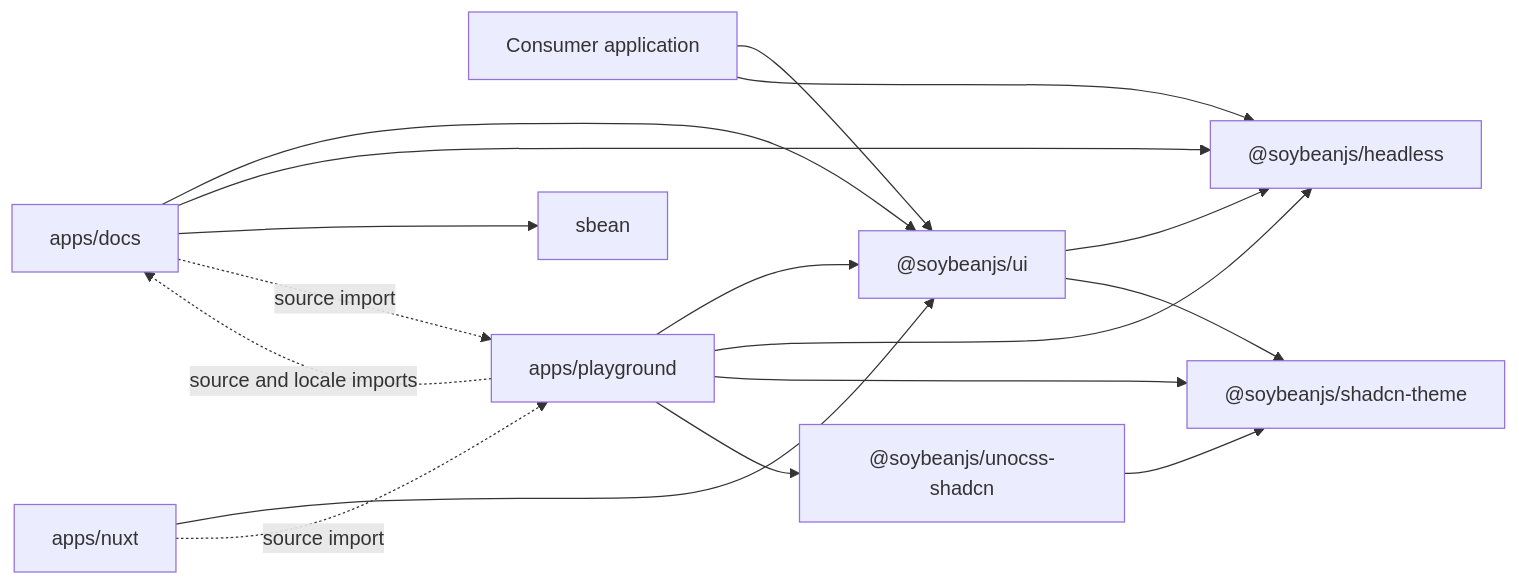
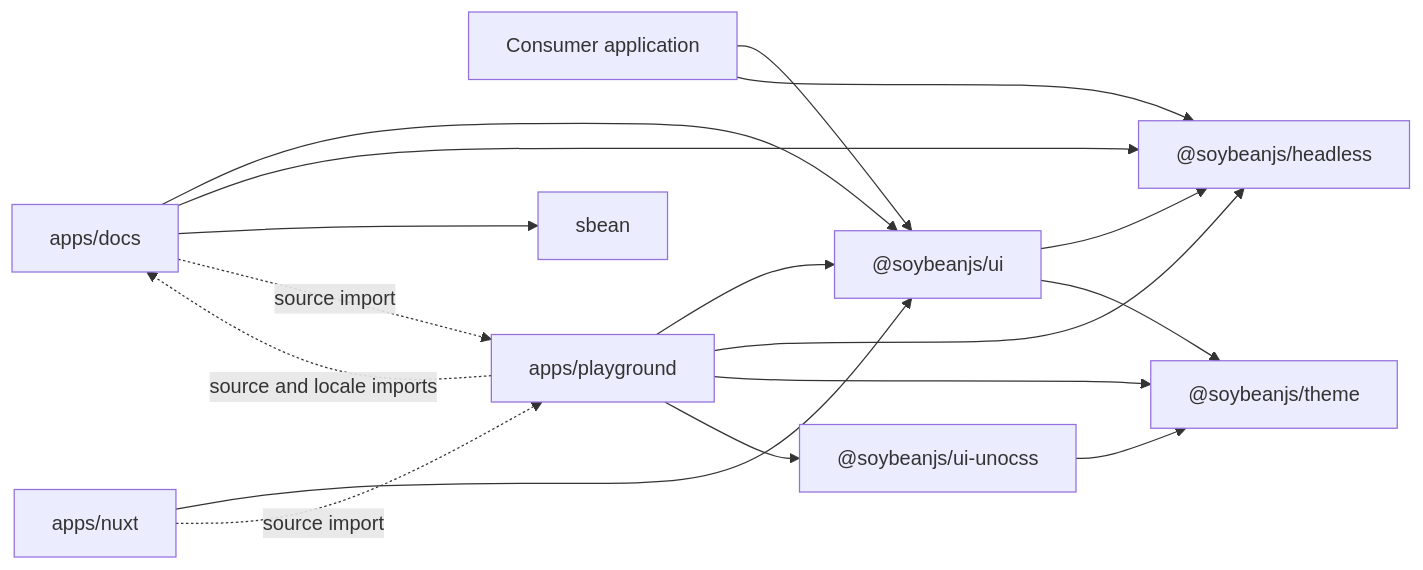
One commit to soybeanjs/soybean-ui changed the first of 3 diagrams in docs/architecture.md. Above: the diagram before and after it, drawn with Mermaid. The commit also changed other lines of this file and 61 other files, not shown here.

````diff
--- a/docs/architecture.md
+++ b/docs/architecture.md
@@ -96,30 +96,30 @@
 ```mermaid
 flowchart LR
   Consumer[Consumer application]
   Headless["@soybeanjs/headless"]
   UI["@soybeanjs/ui"]
-  Theme["@soybeanjs/shadcn-theme"]
-  Uno["@soybeanjs/unocss-shadcn"]
+  Theme["@soybeanjs/theme"]
+  Uno["@soybeanjs/ui-unocss"]
   Sbean["sbean"]
   Docs["apps/docs"]
   Playground["apps/playground"]
   Nuxt["apps/nuxt"]
 
   Consumer --> UI
   Consumer --> Headless
   UI --> Headless
   UI --> Theme
   Uno --> Theme
   Playground --> UI
   Playground --> Headless
   Playground --> Theme
   Playground --> Uno
   Docs --> UI
   Docs --> Headless
   Docs --> Sbean
   Nuxt --> UI
 
   Docs -. source import .-> Playground
   Playground -. source and locale imports .-> Docs
   Nuxt -. source import .-> Playground
 ```
````
